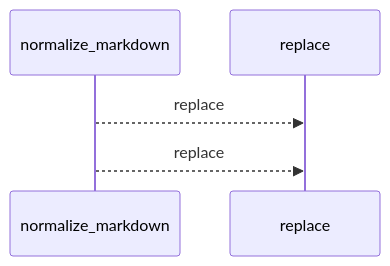
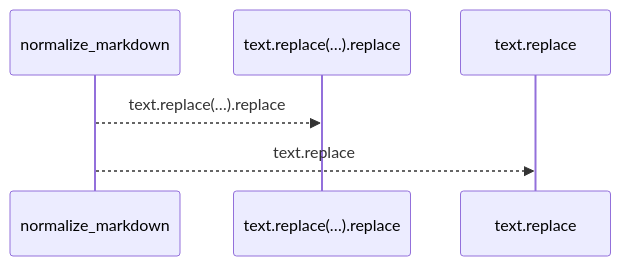
The first of 2 diagrams in docs/llm_wiki/flows/api-normalize_markdown.md (Denissvgn/python-wiki-llm), drawn with Mermaid before and after one commit. The commit also changed other lines of this file and 719 other files, not shown here.

````diff
--- a/docs/llm_wiki/flows/api-normalize_markdown.md
+++ b/docs/llm_wiki/flows/api-normalize_markdown.md
@@ -10,7 +10,8 @@
 ```mermaid
 sequenceDiagram
     participant p0 as normalize_markdown
-    participant p1 as replace
-    p0-->>p1: replace
-    p0-->>p1: replace
+    participant p1 as text.replace(…).replace
+    participant p2 as text.replace
+    p0-->>p1: text.replace(…).replace
+    p0-->>p2: text.replace
 ```
````
